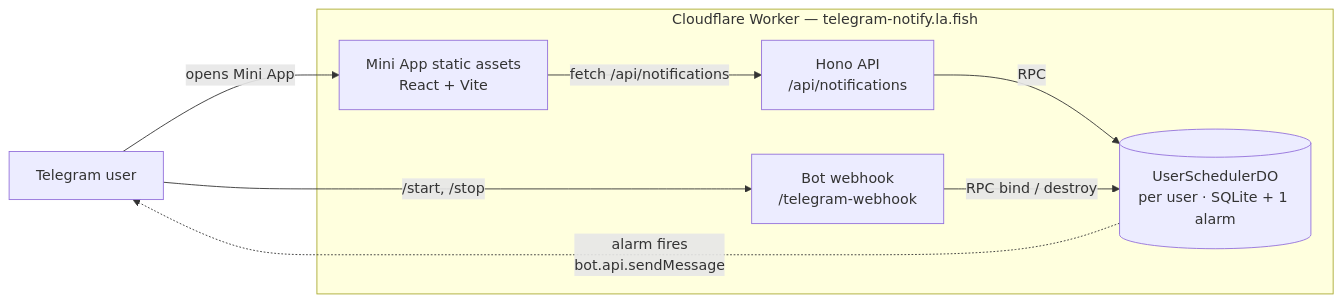
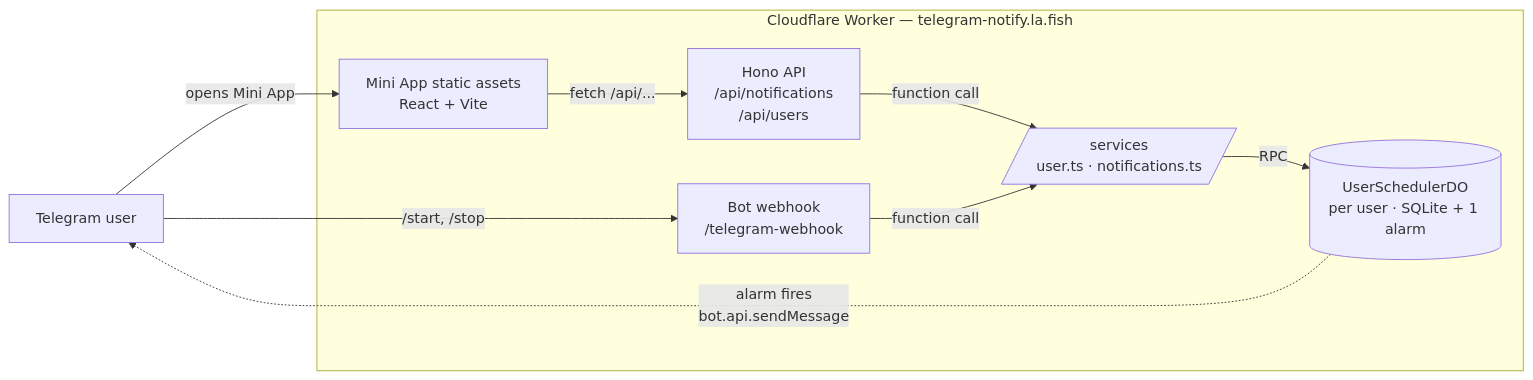
The first of 2 diagrams in README.md (idarlafish/telegram-notify), drawn with Mermaid before and after one commit. The commit also changed other lines of this file, not shown here.

Commit message:
docs: README — service layer + /api/users in components/sequence/API table

````diff
--- a/README.md
+++ b/README.md
@@ -20,18 +20,20 @@
 ```mermaid
 graph LR
   user[Telegram user]
 
   subgraph cf[Cloudflare Worker — telegram-notify.la.fish]
-    api[Hono API<br/>/api/notifications]
+    api[Hono API<br/>/api/notifications<br/>/api/users]
     webhook[Bot webhook<br/>/telegram-webhook]
     assets[Mini App static assets<br/>React + Vite]
+    services[/services<br/>user.ts · notifications.ts/]
     do[(UserSchedulerDO<br/>per user · SQLite + 1 alarm)]
   end
 
   user -->|opens Mini App| assets
   user -->|/start, /stop| webhook
-  assets -->|fetch /api/notifications| api
-  api -->|RPC| do
-  webhook -->|RPC bind / destroy| do
+  assets -->|fetch /api/...| api
+  api -->|function call| services
+  webhook -->|function call| services
+  services -->|RPC| do
   do -.->|alarm fires<br/>bot.api.sendMessage| user
 ```
````
